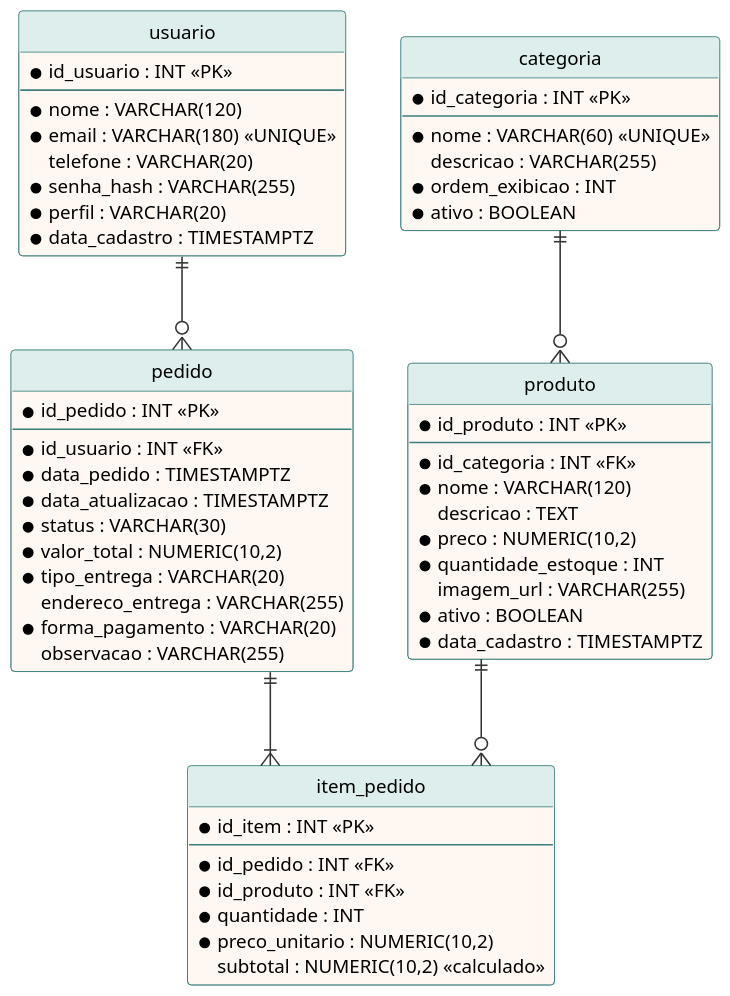
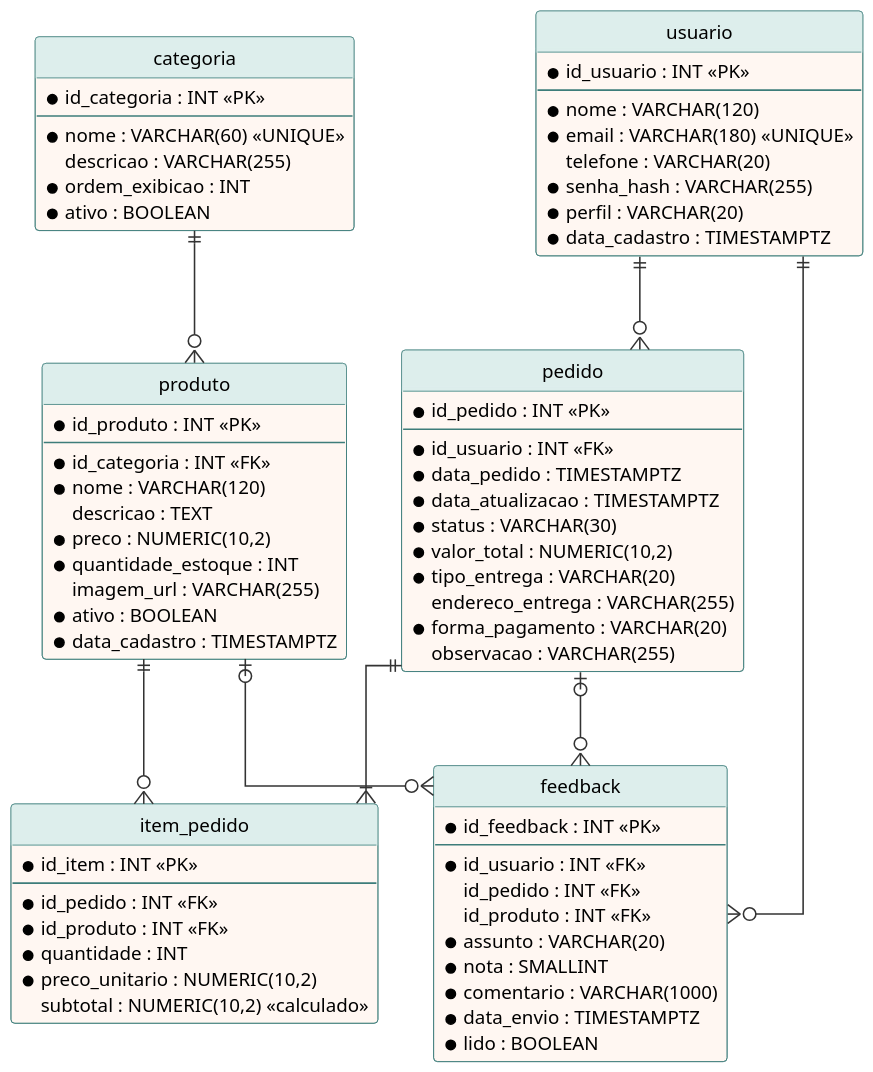
One commit to dennyerr0r404/pit-cupcakes changed the diagram in docs/diagramas/der.puml. Above: the diagram before and after it, drawn with PlantUML. The commit also changed 76 other files, not shown here.

```diff
--- a/docs/diagramas/der.puml
+++ b/docs/diagramas/der.puml
@@ -1,77 +1,93 @@
 @startuml der
 skinparam dpi 150
 skinparam shadowing false
 skinparam defaultFontName Arial
 skinparam defaultFontSize 12
 skinparam linetype ortho
 skinparam class {
   BackgroundColor #FFF7F2
   BorderColor #3D7D7A
   ArrowColor #333333
   HeaderBackgroundColor #DDEEEC
 }
 hide circle
 hide empty members
 
 entity "usuario" as usuario {
   * id_usuario : INT <<PK>>
   --
   * nome : VARCHAR(120)
   * email : VARCHAR(180) <<UNIQUE>>
   telefone : VARCHAR(20)
   * senha_hash : VARCHAR(255)
   * perfil : VARCHAR(20)
   * data_cadastro : TIMESTAMPTZ
 }
 
 entity "categoria" as categoria {
   * id_categoria : INT <<PK>>
   --
   * nome : VARCHAR(60) <<UNIQUE>>
   descricao : VARCHAR(255)
   * ordem_exibicao : INT
   * ativo : BOOLEAN
 }
 
 entity "produto" as produto {
   * id_produto : INT <<PK>>
   --
   * id_categoria : INT <<FK>>
   * nome : VARCHAR(120)
   descricao : TEXT
   * preco : NUMERIC(10,2)
   * quantidade_estoque : INT
   imagem_url : VARCHAR(255)
   * ativo : BOOLEAN
   * data_cadastro : TIMESTAMPTZ
 }
 
 entity "pedido" as pedido {
   * id_pedido : INT <<PK>>
   --
   * id_usuario : INT <<FK>>
   * data_pedido : TIMESTAMPTZ
   * data_atualizacao : TIMESTAMPTZ
   * status : VARCHAR(30)
   * valor_total : NUMERIC(10,2)
   * tipo_entrega : VARCHAR(20)
   endereco_entrega : VARCHAR(255)
   * forma_pagamento : VARCHAR(20)
   observacao : VARCHAR(255)
 }
 
 entity "item_pedido" as item_pedido {
   * id_item : INT <<PK>>
   --
   * id_pedido : INT <<FK>>
   * id_produto : INT <<FK>>
   * quantidade : INT
   * preco_unitario : NUMERIC(10,2)
   subtotal : NUMERIC(10,2) <<calculado>>
 }
 
+entity "feedback" as feedback {
+  * id_feedback : INT <<PK>>
+  --
+  * id_usuario : INT <<FK>>
+  id_pedido : INT <<FK>>
+  id_produto : INT <<FK>>
+  * assunto : VARCHAR(20)
+  * nota : SMALLINT
+  * comentario : VARCHAR(1000)
+  * data_envio : TIMESTAMPTZ
+  * lido : BOOLEAN
+}
+
 usuario ||--o{ pedido
+usuario ||--o{ feedback
+pedido |o--o{ feedback
+produto |o--o{ feedback
 pedido ||--|{ item_pedido
 produto ||--o{ item_pedido
 categoria ||--o{ produto
 @enduml
```
